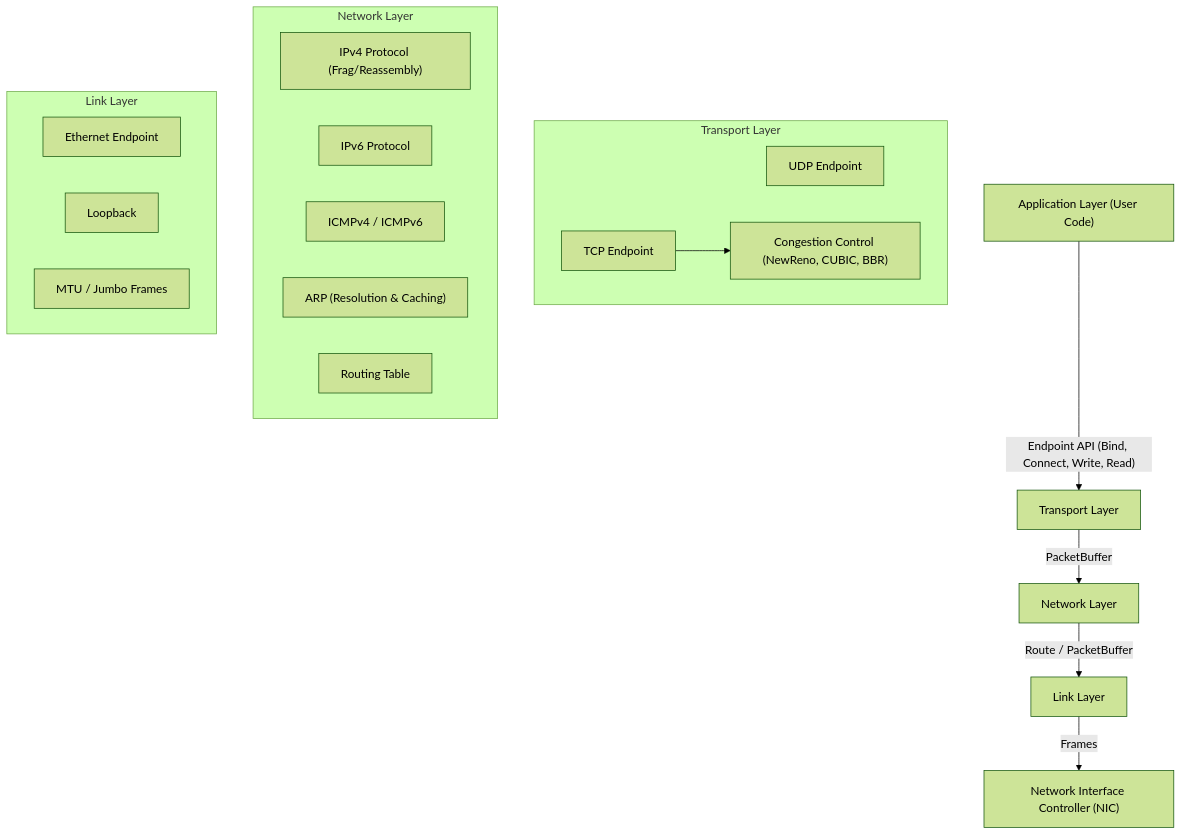
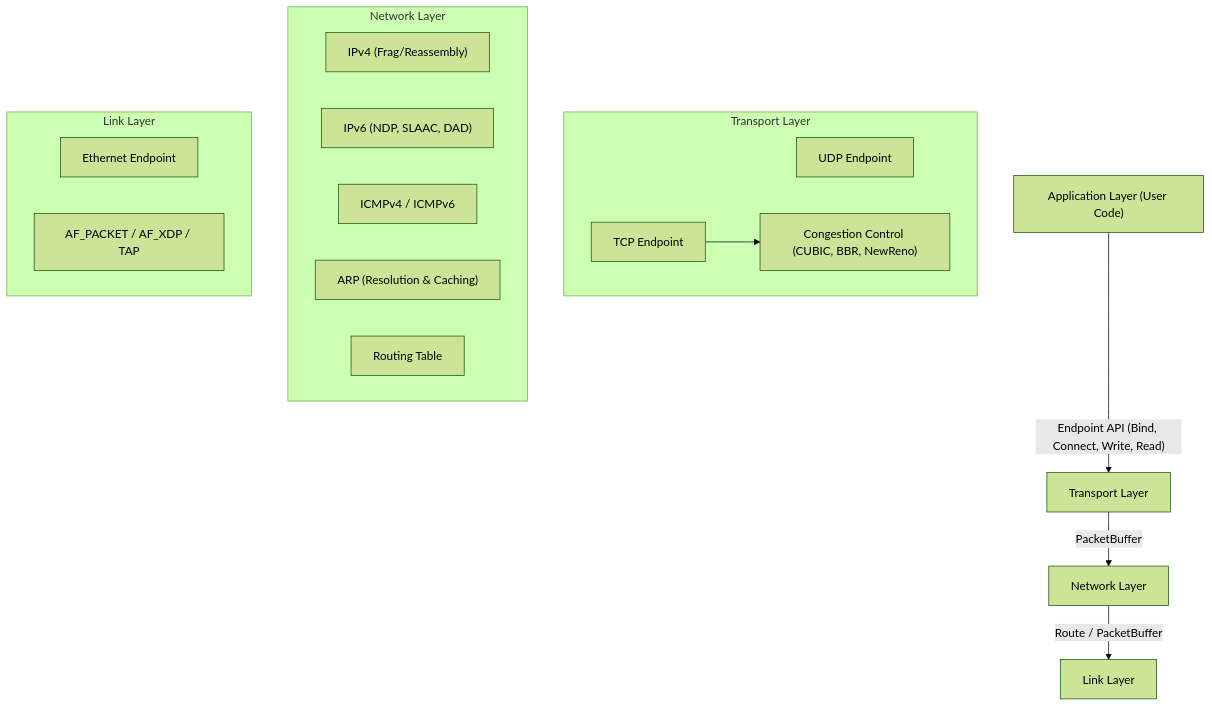
The diagram in README.md (bob-chu/ustack), drawn with Mermaid (forest theme) before and after one commit. The commit also changed other lines of this file, not shown here.

````diff
--- a/README.md
+++ b/README.md
@@ -9,31 +14,28 @@
 ```mermaid
 graph TD
     App["Application Layer (User Code)"] --> |"Endpoint API (Bind, Connect, Write, Read)"| Trans[Transport Layer]
     
     subgraph "Transport Layer"
         UDP["UDP Endpoint"]
         TCP["TCP Endpoint"]
-        CC["Congestion Control (NewReno, CUBIC, BBR)"]
+        CC["Congestion Control (CUBIC, BBR, NewReno)"]
         TCP --> CC
     end
     
     Trans --> |"PacketBuffer"| Net[Network Layer]
     
     subgraph "Network Layer"
-        IPv4["IPv4 Protocol (Frag/Reassembly)"]
-        IPv6["IPv6 Protocol"]
+        IPv4["IPv4 (Frag/Reassembly)"]
+        IPv6["IPv6 (NDP, SLAAC, DAD)"]
         ICMP["ICMPv4 / ICMPv6"]
         ARP["ARP (Resolution & Caching)"]
         Routing["Routing Table"]
     end
     
     Net --> |"Route / PacketBuffer"| Link[Link Layer]
     
     subgraph "Link Layer"
         Eth["Ethernet Endpoint"]
-        Loop["Loopback"]
-        MTU["MTU / Jumbo Frames"]
+        Driver["AF_PACKET / AF_XDP / TAP"]
     end
-    
-    Link --> |"Frames"| NIC["Network Interface Controller (NIC)"]
 ```
````
